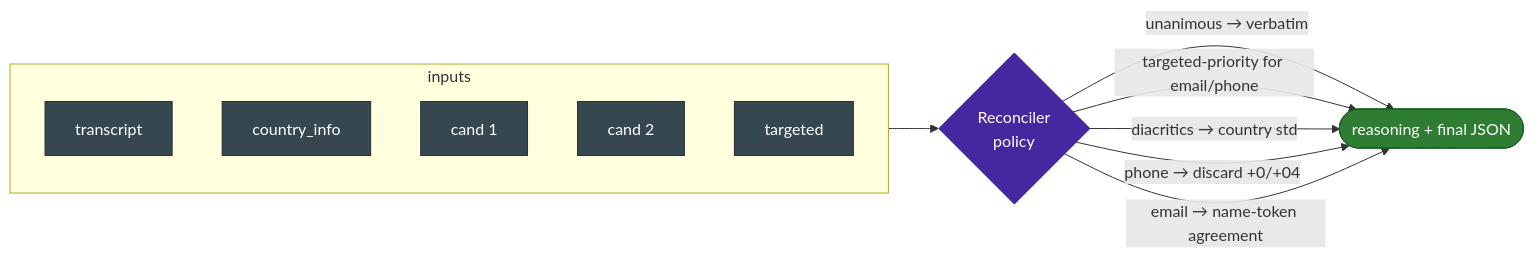
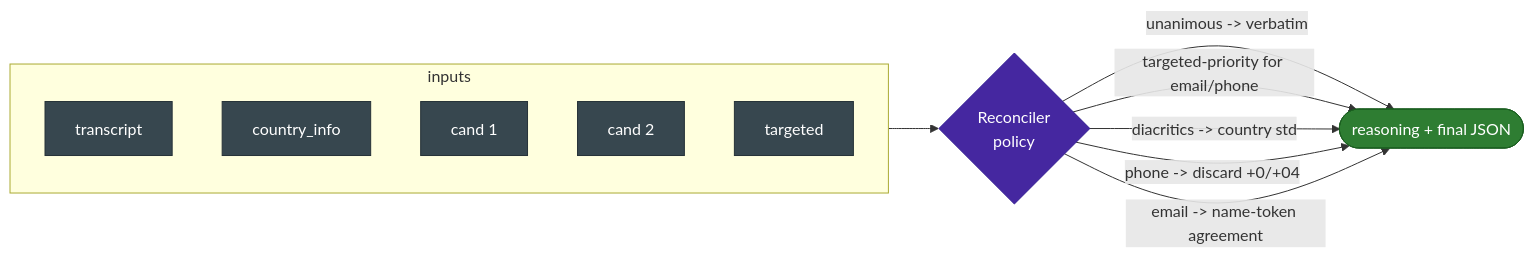
One commit to melih-unsal/phone_challange changed the sixth of 8 diagrams in PIPELINE.md. Above: the diagram before and after it, drawn with Mermaid. The commit also changed other lines of this file and 10 other files, not shown here.

````diff
--- a/PIPELINE.md
+++ b/PIPELINE.md
@@ -218,24 +218,24 @@
 ```mermaid
 flowchart LR
     subgraph in[inputs]
       tr[transcript]
       ci[country_info]
       c1[cand 1]
       c2[cand 2]
       ct[targeted]
     end
     in --> R{Reconciler<br/>policy}
-    R -->|unanimous → verbatim| out
+    R -->|unanimous -> verbatim| out
     R -->|targeted-priority for email/phone| out
-    R -->|diacritics → country std| out
-    R -->|phone → discard +0/+04| out
-    R -->|email → name-token agreement| out
+    R -->|diacritics -> country std| out
+    R -->|phone -> discard +0/+04| out
+    R -->|email -> name-token agreement| out
     out([reasoning + final JSON])
 
     classDef inp fill:#37474f,stroke:#263238,color:#ffffff
     classDef policy fill:#4527a0,stroke:#311b92,color:#ffffff
     classDef result fill:#2e7d32,stroke:#1b5e20,color:#ffffff
     class tr,ci,c1,c2,ct inp
     class R policy
     class out result
 ```
````
